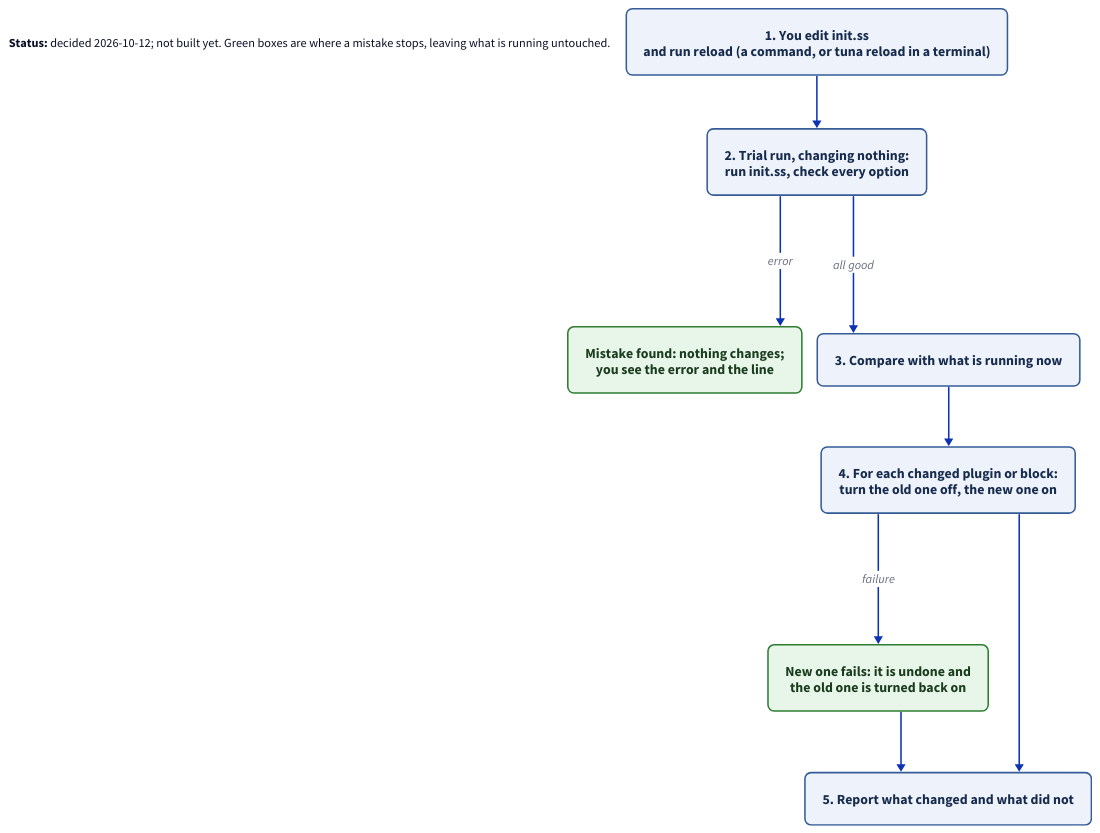
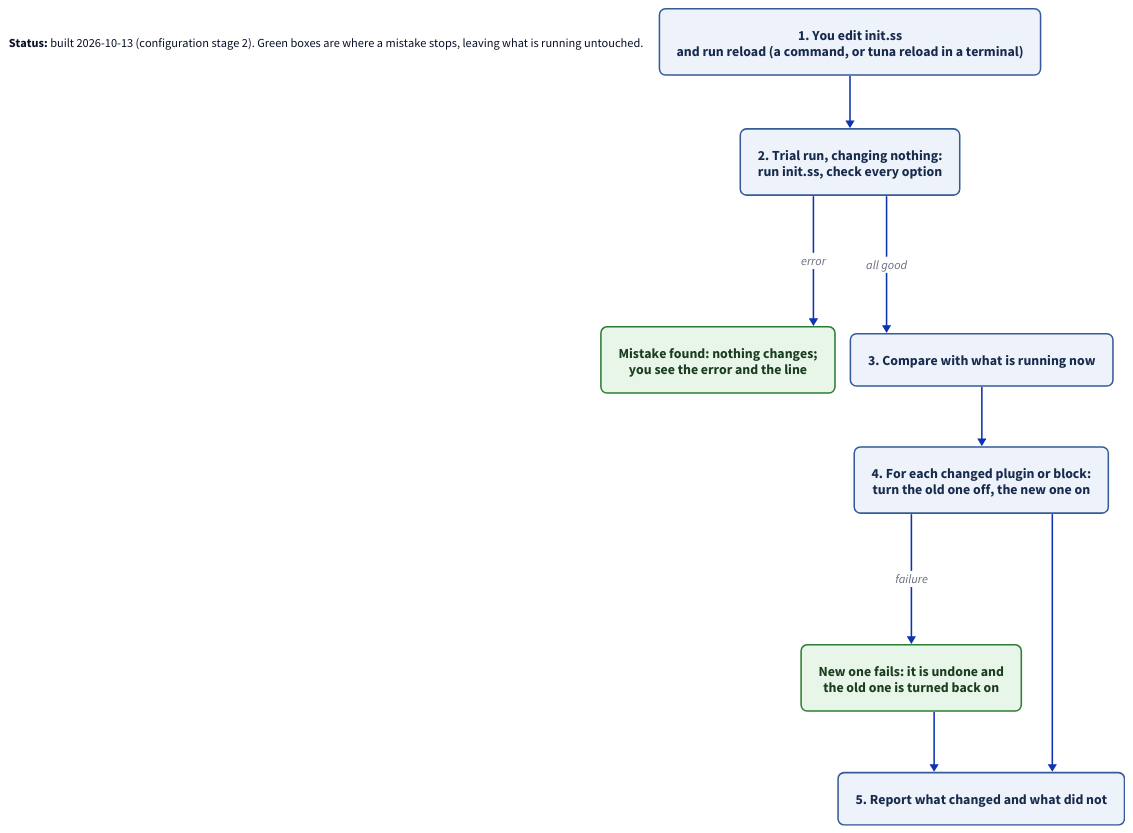
Before and after one commit to jaybonthius/tuna: the diagram in docs/diagrams/config-reload.d2, drawn with D2. The commit also changed 9 other files, not shown here.

```diff
--- a/docs/diagrams/config-reload.d2
+++ b/docs/diagrams/config-reload.d2
@@ -1,49 +1,49 @@
 # What happens when you reload your configuration?
 vars: {
   d2-config: {
     layout-engine: elk
     theme-id: 0
   }
 }
 direction: down
 
 classes: {
   step: {
     style: {
       fill: "#eef3fb"
       stroke: "#355c96"
       font-color: "#172b4d"
       border-radius: 8
       font-size: 18
     }
   }
   safe: {
     style: {
       fill: "#e8f5e9"
       stroke: "#2e7d32"
       font-color: "#1b3d1f"
       border-radius: 8
       font-size: 18
     }
   }
 }
 
 legend: |md
-  **Status:** decided 2026-10-12; not built yet. Green boxes are where a mistake stops, leaving what is running untouched.
+  **Status:** built 2026-10-13 (configuration stage 2). Green boxes are where a mistake stops, leaving what is running untouched.
 |
 
 edit: "1. You edit init.ss\nand run reload (a command, or tuna reload in a terminal)" {class: step}
 check: "2. Trial run, changing nothing:\nrun init.ss, check every option" {class: step}
 stop: "Mistake found: nothing changes;\nyou see the error and the line" {class: safe}
 compare: "3. Compare with what is running now" {class: step}
 apply: "4. For each changed plugin or block:\nturn the old one off, the new one on" {class: step}
 keep: "New one fails: it is undone and\nthe old one is turned back on" {class: safe}
 report: "5. Report what changed and what did not" {class: step}
 
 edit -> check
 check -> stop: "error"
 check -> compare: "all good"
 compare -> apply
 apply -> keep: "failure"
 apply -> report
 keep -> report
```
